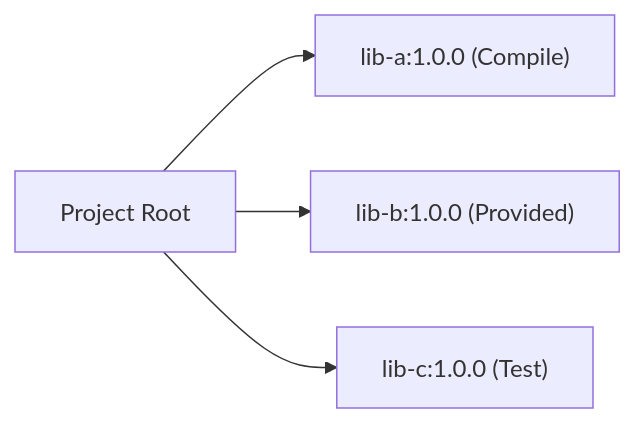
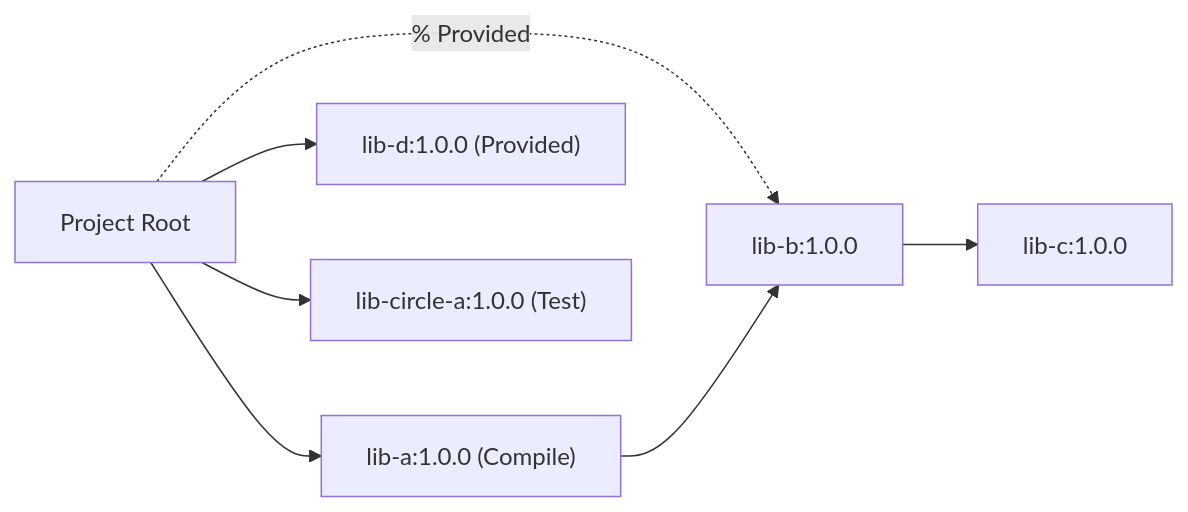
Before and after one commit to JavaDependencyHell/fieldguide: the diagram in demos/sbt-demo/scenario-7-scopes/guide.qmd, drawn with Mermaid. The commit also changed other lines of this file and 208 other files, not shown here.

````diff
--- a/demos/sbt-demo/scenario-7-scopes/guide.qmd
+++ b/demos/sbt-demo/scenario-7-scopes/guide.qmd
@@ -19,7 +20,10 @@
 ```{mermaid}
 %%| fig-width: 4.4
 graph LR
     Root[Project Root] --> LibA["lib-a:1.0.0 (Compile)"]
-    Root --> LibB["lib-b:1.0.0 (Provided)"]
-    Root --> LibC["lib-c:1.0.0 (Test)"]
+    Root --> LibD["lib-d:1.0.0 (Provided)"]
+    Root --> LibCA["lib-circle-a:1.0.0 (Test)"]
+    Root -. "% Provided" .-> LibB["lib-b:1.0.0"]
+    LibA --> LibB
+    LibB --> LibC[lib-c:1.0.0]
 ```
````
